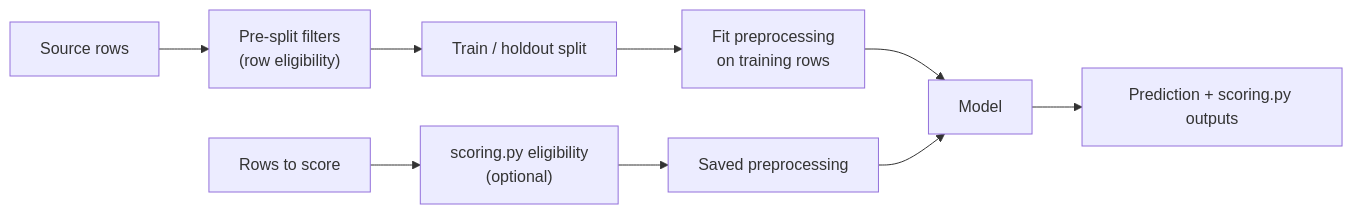
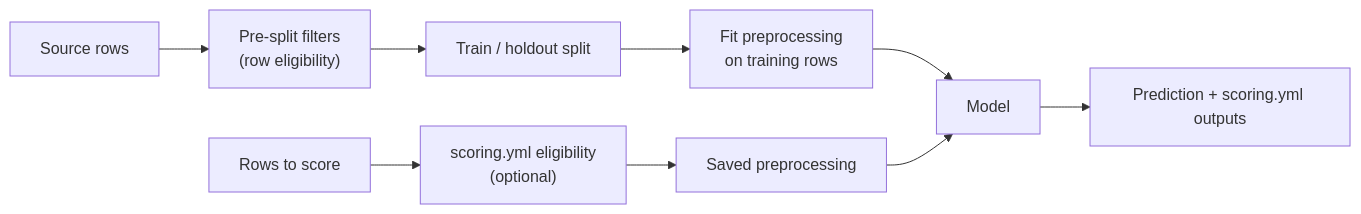
Before and after one commit to flyingriverhorse/Skyulf: the first of 6 diagrams in skyulf-core/templates/databricks/examples/nyctaxi/FEATURES.md, drawn with Mermaid. The commit also changed other lines of this file and 90 other files, not shown here.

````diff
--- a/skyulf-core/templates/databricks/examples/nyctaxi/FEATURES.md
+++ b/skyulf-core/templates/databricks/examples/nyctaxi/FEATURES.md
@@ -11,11 +11,11 @@
 ```mermaid
 flowchart LR
     A["Source rows"] --> B["Pre-split filters<br/>(row eligibility)"]
     B --> C["Train / holdout split"]
     C --> D["Fit preprocessing<br/>on training rows"]
     D --> E["Model"]
-    F["Rows to score"] --> G["scoring.py eligibility<br/>(optional)"]
+    F["Rows to score"] --> G["scoring.yml eligibility<br/>(optional)"]
     G --> H["Saved preprocessing"]
     H --> E
-    E --> I["Prediction + scoring.py outputs"]
+    E --> I["Prediction + scoring.yml outputs"]
 ```
````
